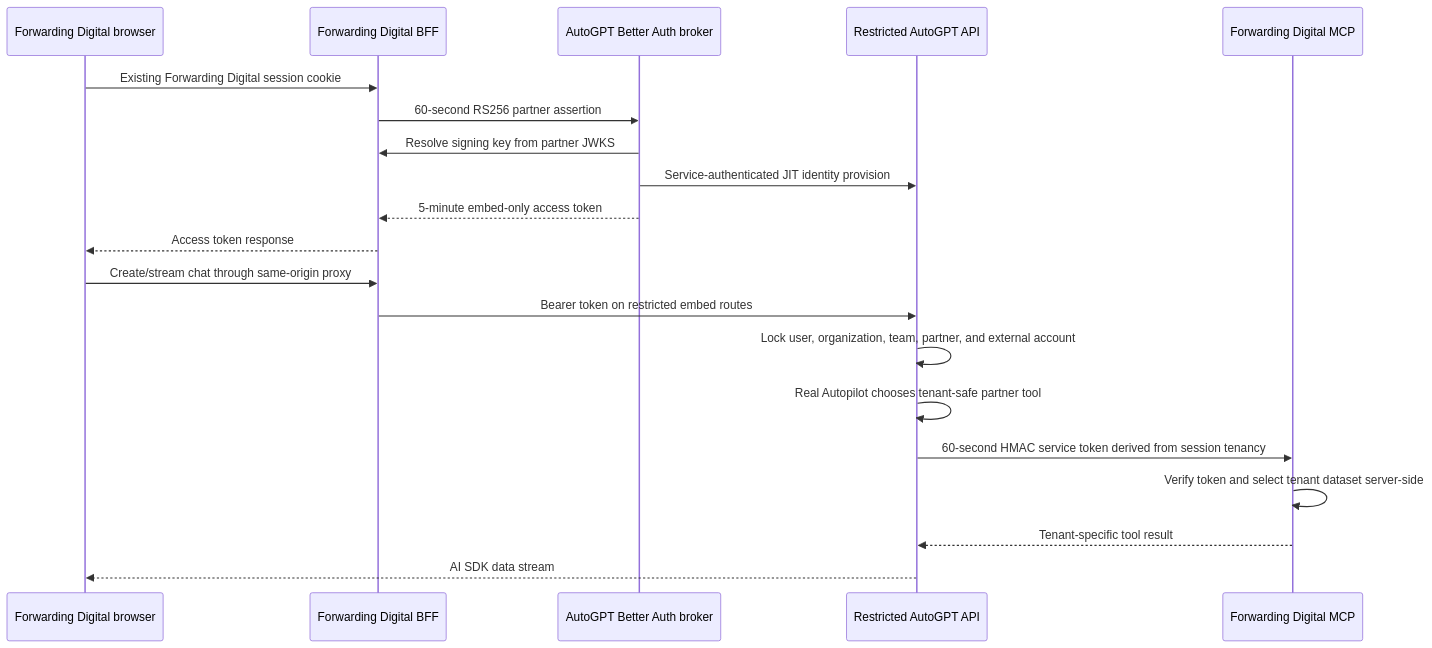
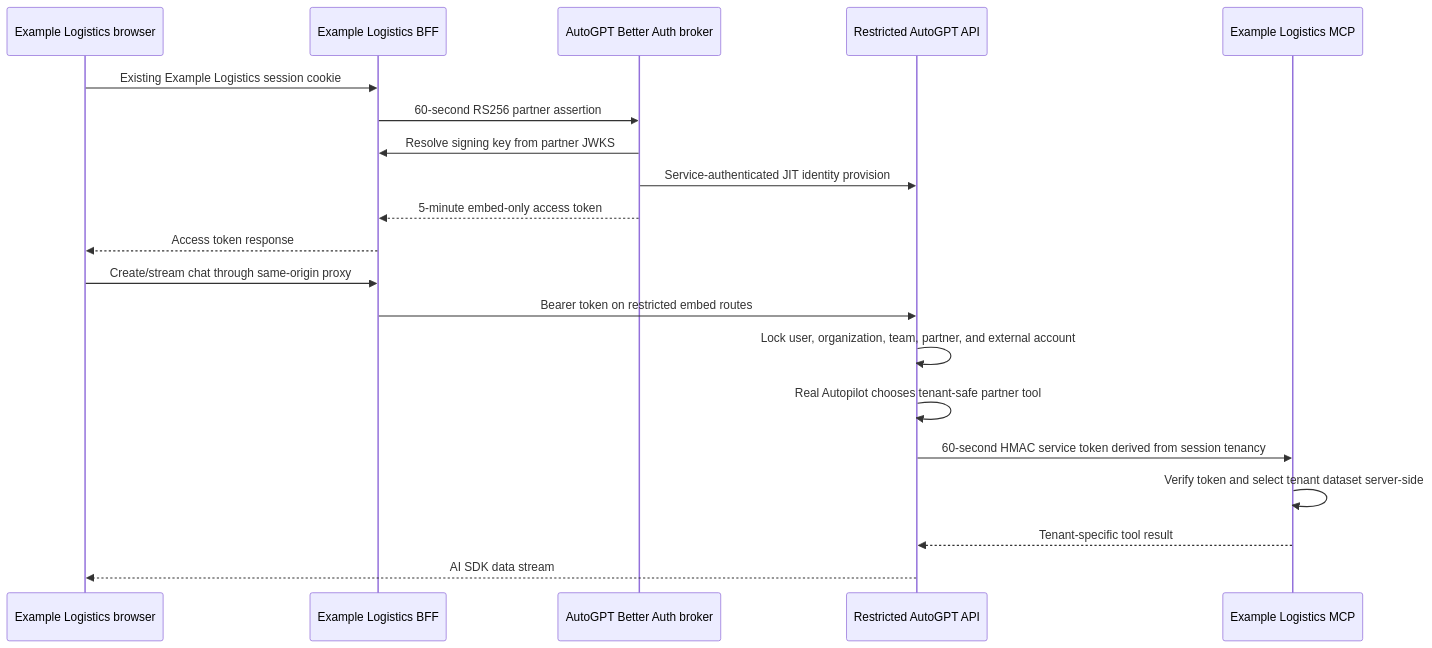
Before and after one commit to Significant-Gravitas/AutoGPT: the diagram in autogpt_platform/partner_embed_poc/README.md, drawn with Mermaid. The commit also changed other lines of this file and 83 other files, not shown here.

````diff
--- a/autogpt_platform/partner_embed_poc/README.md
+++ b/autogpt_platform/partner_embed_poc/README.md
@@ -83,23 +83,23 @@
 ```mermaid
 sequenceDiagram
-    participant Browser as Forwarding Digital browser
-    participant Partner as Forwarding Digital BFF
+    participant Browser as Example Logistics browser
+    participant Partner as Example Logistics BFF
     participant Broker as AutoGPT Better Auth broker
     participant API as Restricted AutoGPT API
-    participant MCP as Forwarding Digital MCP
+    participant MCP as Example Logistics MCP
 
-    Browser->>Partner: Existing Forwarding Digital session cookie
+    Browser->>Partner: Existing Example Logistics session cookie
     Partner->>Broker: 60-second RS256 partner assertion
     Broker->>Partner: Resolve signing key from partner JWKS
     Broker->>API: Service-authenticated JIT identity provision
     Broker-->>Partner: 5-minute embed-only access token
     Partner-->>Browser: Access token response
     Browser->>Partner: Create/stream chat through same-origin proxy
     Partner->>API: Bearer token on restricted embed routes
     API->>API: Lock user, organization, team, partner, and external account
     API->>API: Real Autopilot chooses tenant-safe partner tool
     API->>MCP: 60-second HMAC service token derived from session tenancy
     MCP->>MCP: Verify token and select tenant dataset server-side
     MCP-->>API: Tenant-specific tool result
     API-->>Browser: AI SDK data stream
 ```
````
